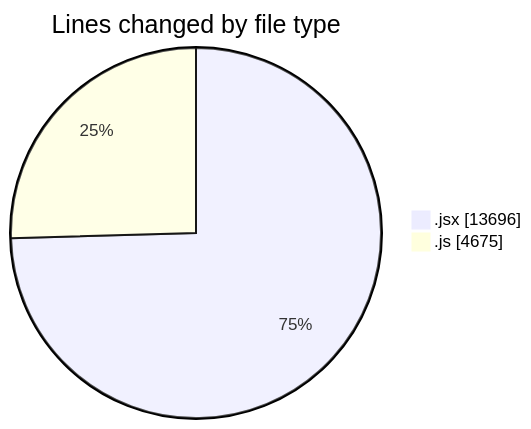
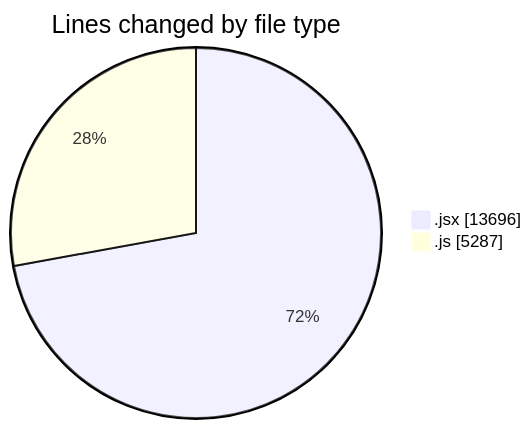
The first of 2 diagrams in 2025-09-25/nxtqube_webapp/README.md (nxtqubesakshisongat/code-tracking), drawn with Mermaid before and after one commit. The commit also changed other lines of this file and 1 other file, not shown here.

````diff
--- a/2025-09-25/nxtqube_webapp/README.md
+++ b/2025-09-25/nxtqube_webapp/README.md
@@ -25,6 +25,6 @@
 ```mermaid
 pie showData
 title Lines changed by file type
 ".jsx" : 13696
-".js" : 4675
+".js" : 5287
 ```
````
